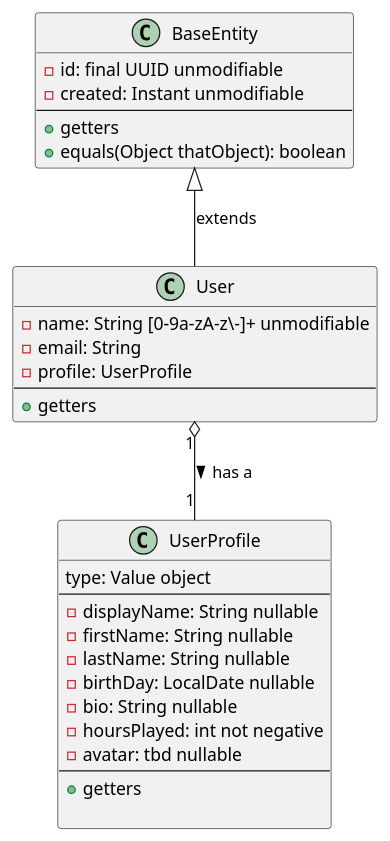
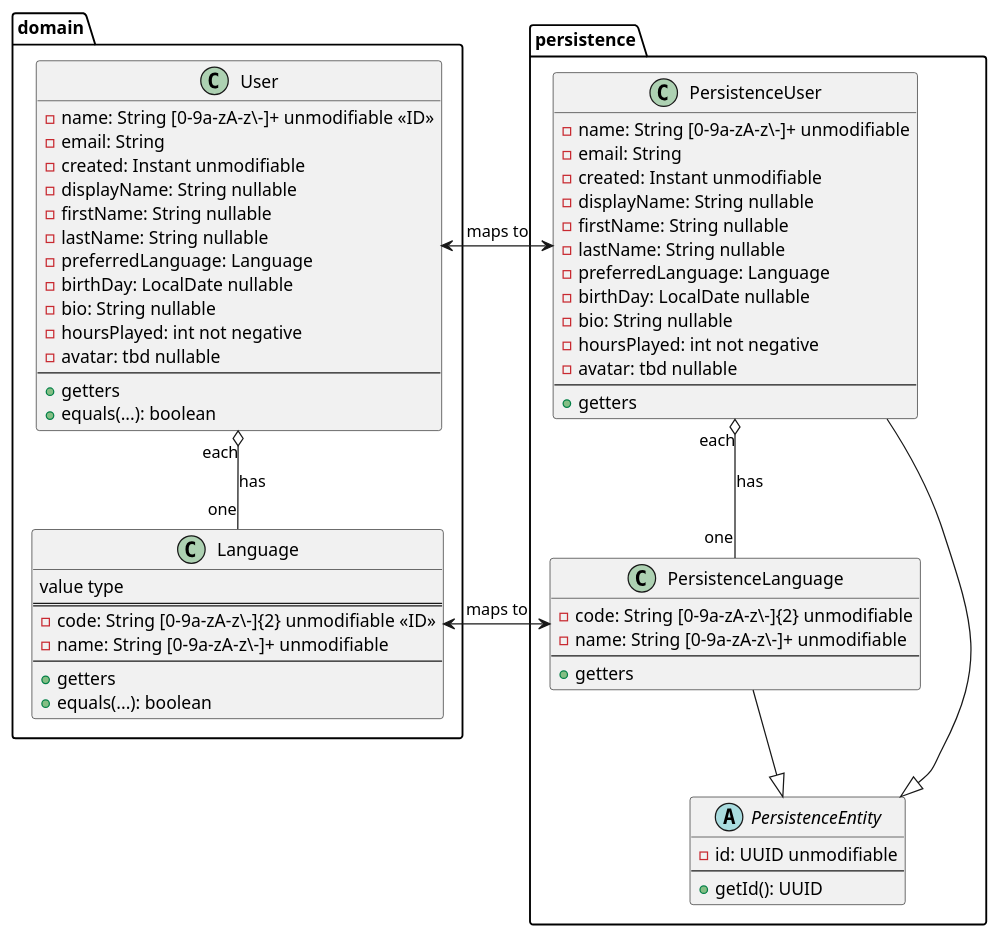
One commit to turing85/untitled-rpg-webapp changed the diagram in doc/datamodel/UML.puml. Above: the diagram before and after it, drawn with PlantUML. The commit also changed 4 other files, not shown here.

```diff
--- a/doc/datamodel/UML.puml
+++ b/doc/datamodel/UML.puml
@@ -1,38 +1,76 @@
 @startuml
 
-class BaseEntity {
-    {field}- id: final UUID unmodifiable
-    {field}- created: Instant unmodifiable
-    ---
-    {method}+ getters
-    {method}+ equals(Object thatObject): boolean
+package domain {
+
+    class User {
+        {field} - name: String [0-9a-zA-z\-]+ unmodifiable <<ID>>
+        {field} - email: String
+        {field} - created: Instant unmodifiable
+        {field} - displayName: String nullable
+        {field} - firstName: String nullable
+        {field} - lastName: String nullable
+        {field} - preferredLanguage: Language
+        {field} - birthDay: LocalDate nullable
+        {field} - bio: String nullable
+        {field} - hoursPlayed: int not negative
+        {field} - avatar: tbd nullable
+        ---
+        {method}+ getters
+        {method}+ equals(...): boolean
+    }
+
+    class Language {
+        value type
+        ===
+        {field} - code: String [0-9a-zA-z\-]{2} unmodifiable <<ID>>
+        {field} - name: String [0-9a-zA-z\-]+ unmodifiable
+        ---
+        {method} + getters
+        {method} + equals(...): boolean
+    }
 }
 
-class User {
-    {field}- name: String [0-9a-zA-z\-]+ unmodifiable
-    {field}- email: String
-    {field}- profile: UserProfile
-    ---
-    {method}+ getters
-}
+package persistence {
 
-class UserProfile {
-    type: Value object
-    ---
-    {field}- displayName: String nullable
-    {field}- firstName: String nullable
-    {field}- lastName: String nullable
-    {field}- birthDay: LocalDate nullable
-    {field}- bio: String nullable
-    {field}- hoursPlayed: int not negative
-    {field}- avatar: tbd nullable
-    ---
-    {method}+ getters
+    abstract class PersistenceEntity {
+        {field} - id: UUID unmodifiable
+        ---
+        {method} + getId(): UUID
+    }
+
+    class PersistenceUser {
+        {field} - name: String [0-9a-zA-z\-]+ unmodifiable
+        {field} - email: String
+        {field} - created: Instant unmodifiable
+        {field} - displayName: String nullable
+        {field} - firstName: String nullable
+        {field} - lastName: String nullable
+        {field} - preferredLanguage: Language
+        {field} - birthDay: LocalDate nullable
+        {field} - bio: String nullable
+        {field} - hoursPlayed: int not negative
+        {field} - avatar: tbd nullable
+        ---
+        {method}+ getters
+    }
+
+    class PersistenceLanguage {
+        {field} - code: String [0-9a-zA-z\-]{2} unmodifiable
+        {field} - name: String [0-9a-zA-z\-]+ unmodifiable
+        ---
+        {method} + getters
+    }
 
 }
 
-BaseEntity <|-- User: extends
+User "each" o-down- "one" Language:  has
 
-User "1" o-- "1" UserProfile: has a >
+PersistenceEntity <|-up- PersistenceUser
+PersistenceEntity <|-up- PersistenceLanguage
+PersistenceUser "each" o-- "one" PersistenceLanguage: has
+
+
+PersistenceUser <-left-> User: maps to
+PersistenceLanguage <-left-> Language: maps to
 
 @enduml
```
